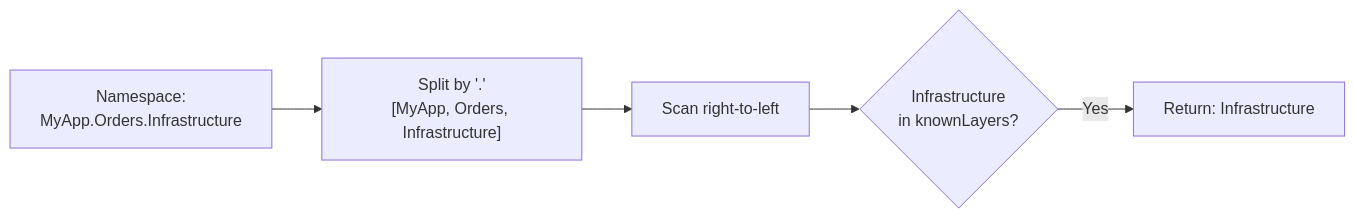
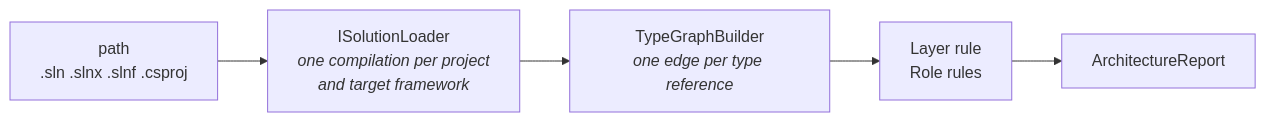
Before and after one commit to MarcelRoozekrans/Ariadne.NET: the first of 2 diagrams in docs-site/docs/how-it-works/08-validation.md, drawn with Mermaid. The commit also changed other lines of this file and 11 other files, not shown here.

````diff
--- a/docs-site/docs/how-it-works/08-validation.md
+++ b/docs-site/docs/how-it-works/08-validation.md
@@ -48,7 +24,7 @@
 ```mermaid
 flowchart LR
-    A["Namespace:<br/>MyApp.Orders.Infrastructure"] --> B["Split by '.'<br/>[MyApp, Orders, Infrastructure]"]
-    B --> C["Scan right-to-left"]
-    C --> D{"Infrastructure<br/>in knownLayers?"}
-    D -->|Yes| E["Return: Infrastructure"]
+    A["path<br/>.sln .slnx .slnf .csproj"] --> B["ISolutionLoader<br/><i>one compilation per project<br/>and target framework</i>"]
+    B --> C["TypeGraphBuilder<br/><i>one edge per type reference</i>"]
+    C --> D["Layer rule<br/>Role rules"]
+    D --> E["ArchitectureReport"]
 ```
````
